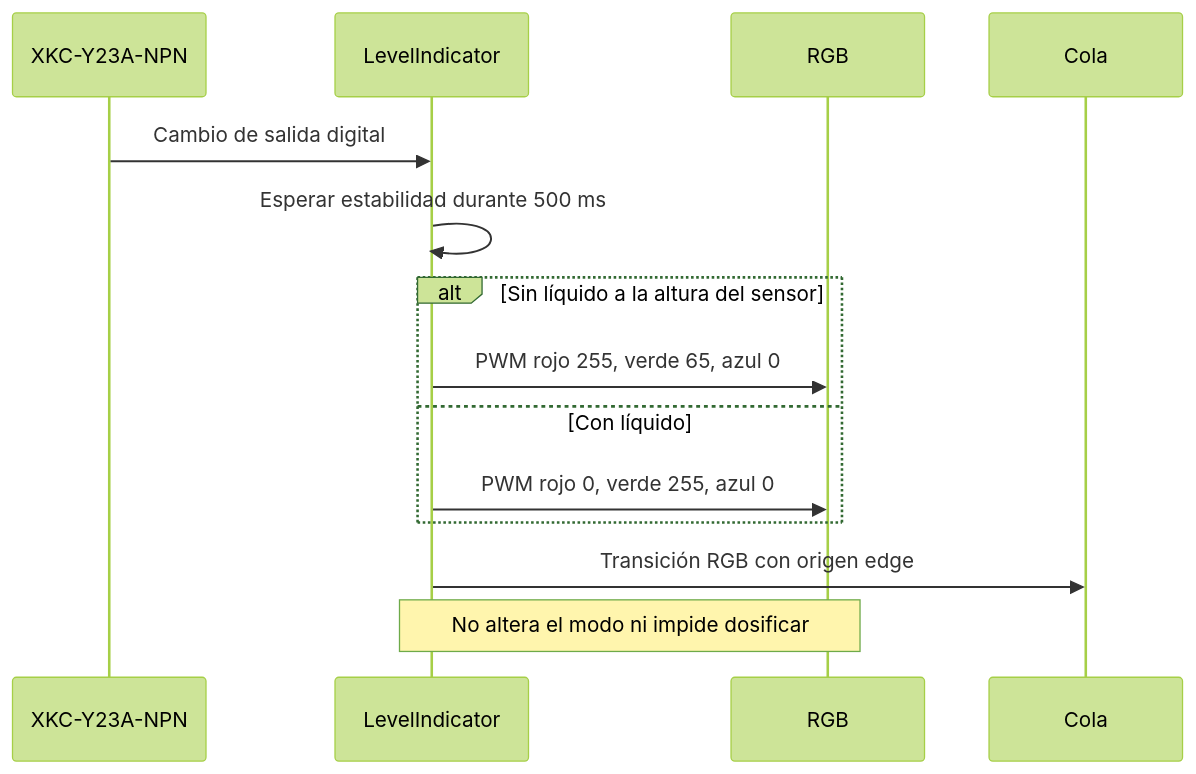
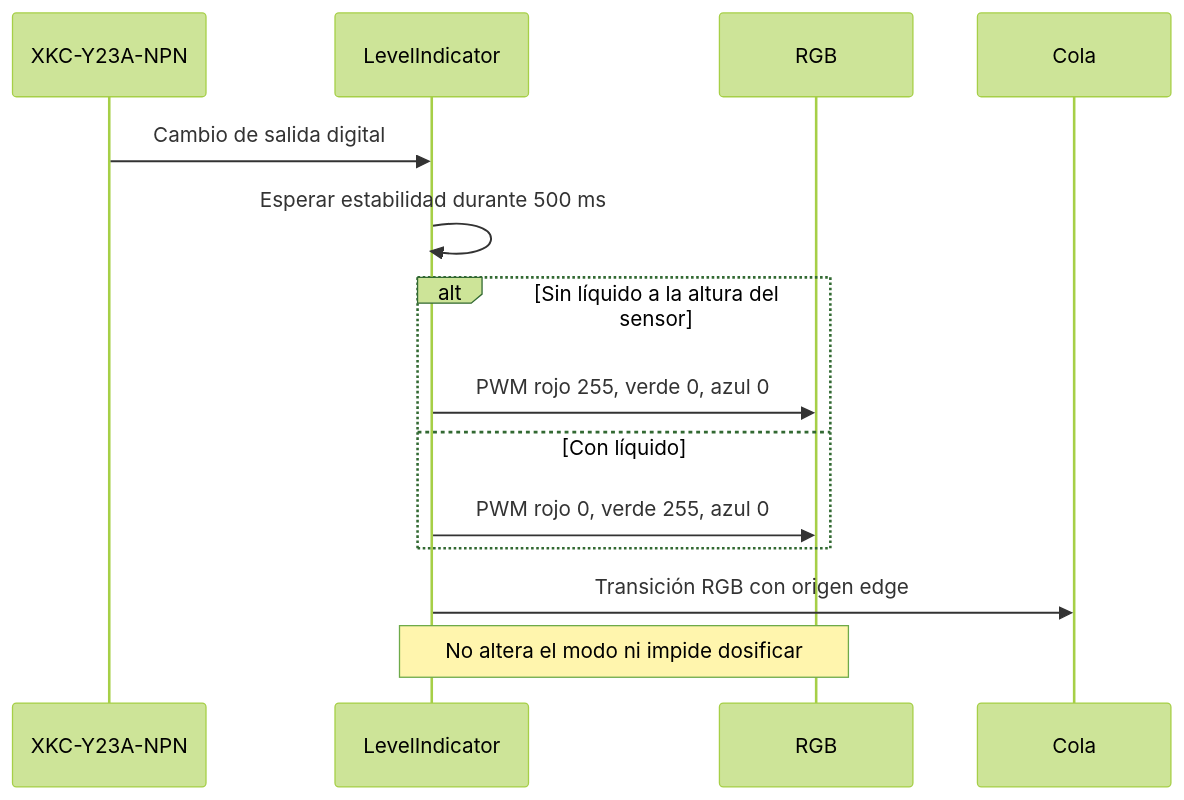
One commit to JoseCorralesAgreda/Practica-4-IOT changed the ninth of 10 diagrams in docs/practica4/diseno.md. Above: the diagram before and after it, drawn with Mermaid (forest theme). The commit also changed other lines of this file and 18 other files, not shown here.

````diff
--- a/docs/practica4/diseno.md
+++ b/docs/practica4/diseno.md
@@ -224,16 +224,16 @@
 ```mermaid
 sequenceDiagram
   participant X as XKC-Y23A-NPN
   participant F as LevelIndicator
   participant L as RGB
   participant Q as Cola
   X->>F: Cambio de salida digital
   F->>F: Esperar estabilidad durante 500 ms
   alt Sin líquido a la altura del sensor
-    F->>L: PWM rojo 255, verde 65, azul 0
+    F->>L: PWM rojo 255, verde 0, azul 0
   else Con líquido
     F->>L: PWM rojo 0, verde 255, azul 0
   end
   F->>Q: Transición RGB con origen edge
   Note over F,L: No altera el modo ni impide dosificar
 ```
````
